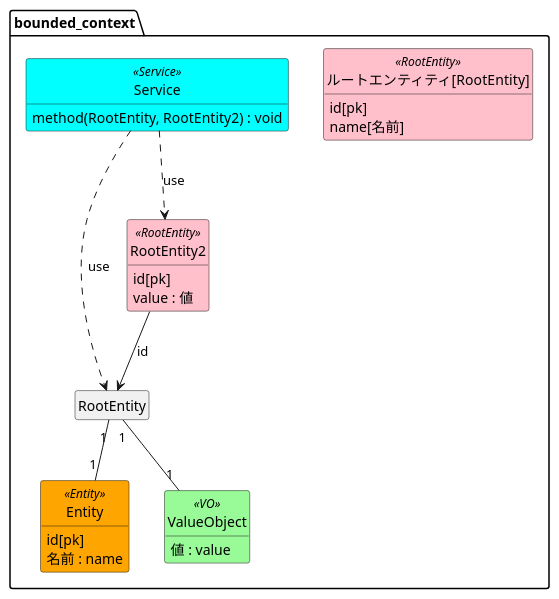
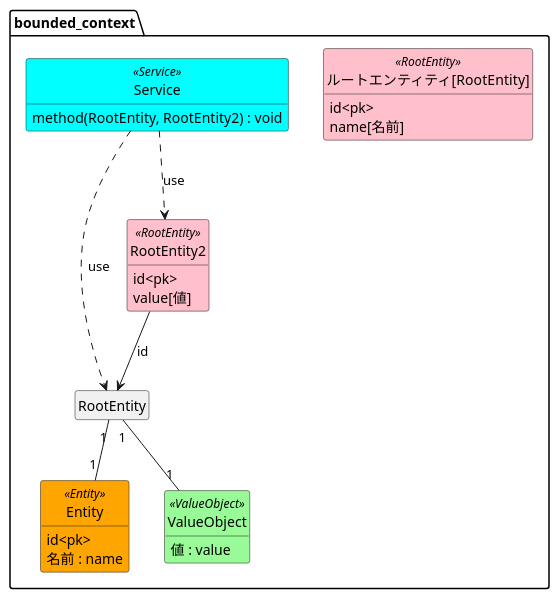
The diagram in docs/templates/plantuml/domain.puml (ryutah/realworld-echo), drawn with PlantUML before and after one commit. The commit also changed 8 other files, not shown here.

```diff
--- a/docs/templates/plantuml/domain.puml
+++ b/docs/templates/plantuml/domain.puml
@@ -1,50 +1,73 @@
 @startuml
 
 ' see: https://plantuml.com/ja-dark/class-diagram
+'
+' ## Rules
+'
+' 1. 日本語表記と、実際にコーディング等で使用する英語表記を併記する
+'     class ルートエンティティ[RootEntity] <<RootEntity>> {
+'         名前[name]
+'     }
+'
+' 2. フィールド、メソッドの型情報は省略可
+'
+' 3. 要素間の関連性
+'     - `--`
+'         - 通常の関連を表現
+'         - e.g.
+'            - `RootEntity "1" -- "1" Entity`
+'     - `--> : [関連フィールド]`
+'         - エンティティの ID を属性として持っている等の、緩い関連
+'         - e.g.
+'            - `RootEntity2 --> RootEntity : id`
+'     - `..> : user`
+'         - 対象の要素を利用して処理を行うことを示す
+'         - e.g.
+'            - `Service ..> RootEntity : use`
 
 skinparam class {
   BackgroundColor<<RootEntity>> pink
   BackgroundColor<<Entity>> orange
-  BackgroundColor<<VO>> palegreen
+  BackgroundColor<<ValueObject>> palegreen
   BackgroundColor<<Service>> cyan
 }
 hide circle
 hide empty members
 
 ' 境界付けられたコンテキストを定義する場合は namespace を使用する
 namespace bounded_context {
   class ルートエンティティ[RootEntity]<<RootEntity>> {
-    ' エンティティのキーとなるフィールドには [pk] を付与
-    ' 複合キーの場合複数のフィールドに [pk] を付与
-    id[pk]
+    ' エンティティのキーとなるフィールドには <pk> を付与
+    ' 複合キーの場合複数のフィールドに <pk> を付与
+    id<pk>
     ' 日本語表記[英語表記]
     ' id 等の名称が明確な場合は省略可
     name[名前]
   }
   class Entity<<Entity>> {
-    id[pk]
+    id<pk>
     名前 : name
   }
-  class ValueObject<<VO>> {
+  class ValueObject<<ValueObject>> {
     値 : value
   }
   RootEntity "1" -- "1" Entity
   RootEntity "1" -- "1" ValueObject
 
   class RootEntity2<<RootEntity>> {
-    id[pk]
-    value : 値
+    id<pk>
+    value[値]
   }
   ' ID等による緩い関連は "--> : 関連フィールド" の表記で表現
   RootEntity2 --> RootEntity : id
 
   class Service<<Service>> {
     ' 関数名(引数) : 戻り値
     method(RootEntity, RootEntity2) : void
   }
   ' サービスが利用するエンティティを表す
   Service ..> RootEntity : use
   Service ..> RootEntity2 : use
 }
 
 @enduml
```
